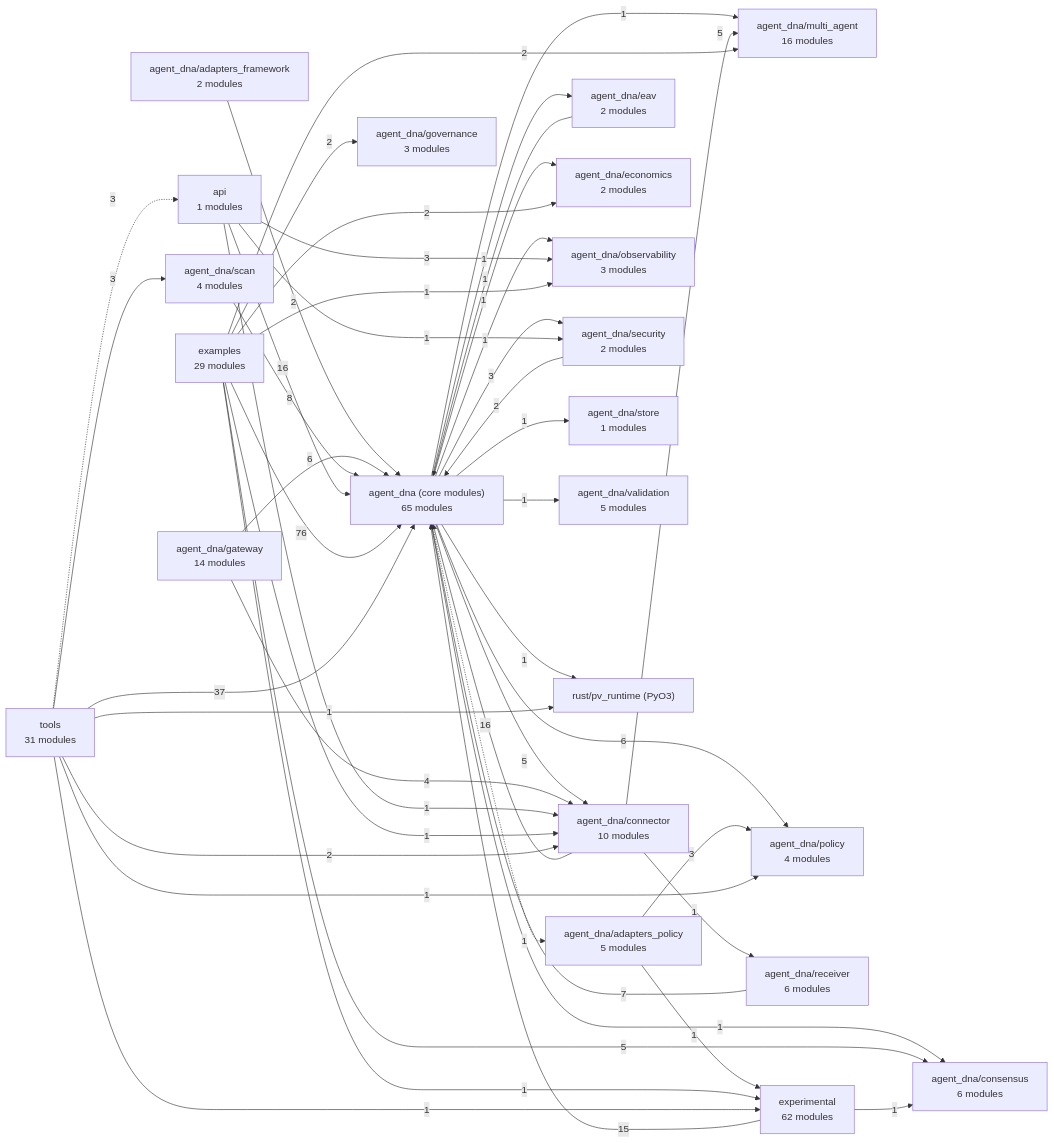
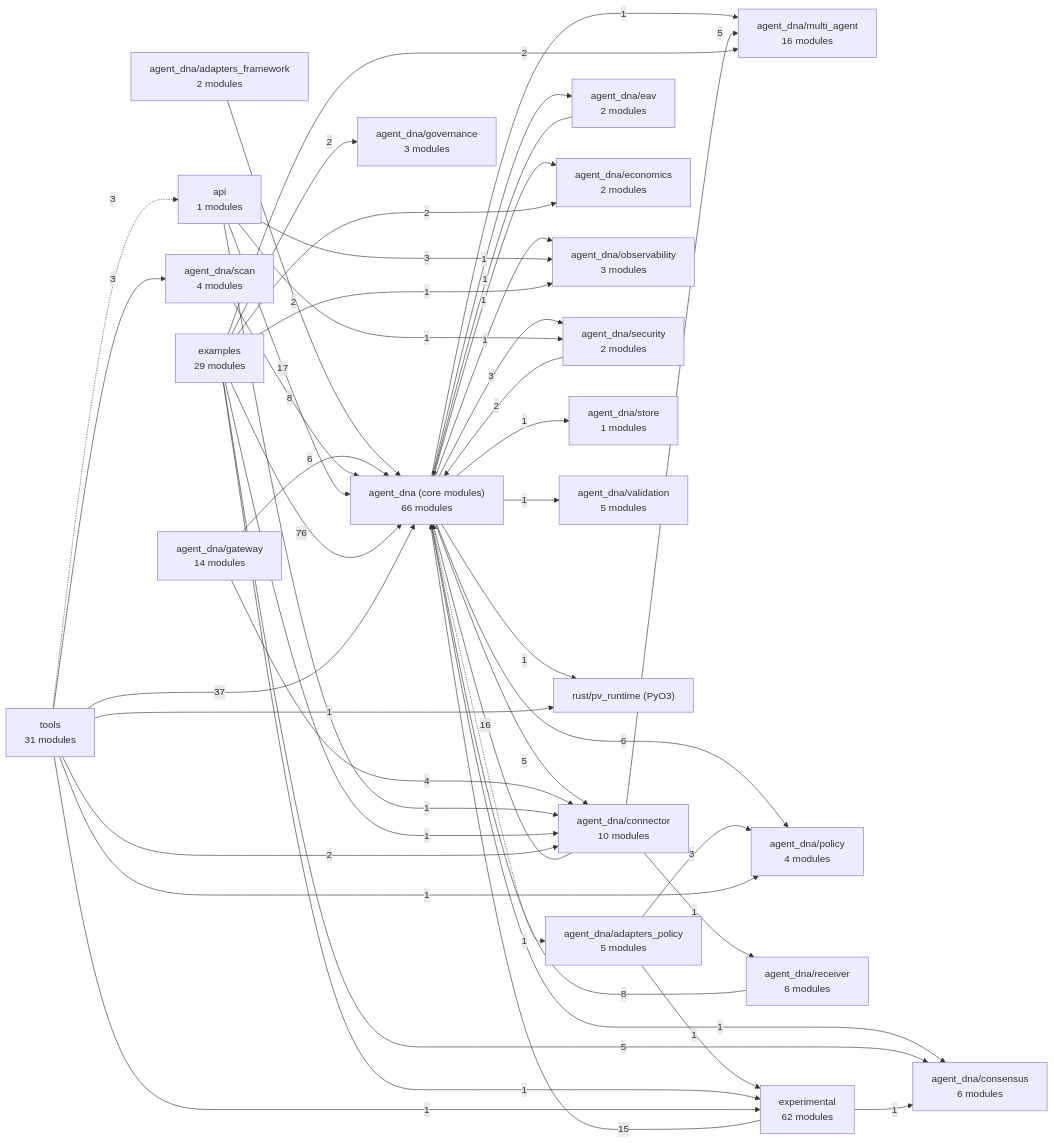
The diagram in docs/architecture/MAP.md (LOLA0786/privatevault-agent-dna), drawn with Mermaid before and after one commit. The commit also changed other lines of this file and 6 other files, not shown here.

````diff
--- a/docs/architecture/MAP.md
+++ b/docs/architecture/MAP.md
@@ -7,70 +7,70 @@
 ```mermaid
 flowchart LR
-  n0["agent_dna (core modules)<br/>65 modules"]
+  n0["agent_dna (core modules)<br/>66 modules"]
   n1["agent_dna/adapters_framework<br/>2 modules"]
   n2["agent_dna/adapters_policy<br/>5 modules"]
   n3["agent_dna/connector<br/>10 modules"]
   n4["agent_dna/consensus<br/>6 modules"]
   n5["agent_dna/eav<br/>2 modules"]
   n6["agent_dna/economics<br/>2 modules"]
   n7["agent_dna/gateway<br/>14 modules"]
   n8["agent_dna/governance<br/>3 modules"]
   n9["agent_dna/multi_agent<br/>16 modules"]
   n10["agent_dna/observability<br/>3 modules"]
   n11["agent_dna/policy<br/>4 modules"]
   n12["agent_dna/receiver<br/>6 modules"]
   n13["agent_dna/scan<br/>4 modules"]
   n14["agent_dna/security<br/>2 modules"]
   n15["agent_dna/store<br/>1 modules"]
   n16["agent_dna/validation<br/>5 modules"]
   n17["api<br/>1 modules"]
   n18["examples<br/>29 modules"]
   n19["experimental<br/>62 modules"]
   n20["rust/pv_runtime (PyO3)"]
   n21["tools<br/>31 modules"]
   n0 -.->|1| n2
   n0 -->|5| n3
   n0 -->|1| n4
   n0 -->|1| n5
   n0 -->|1| n6
   n0 -->|1| n9
   n0 -->|1| n10
   n0 -->|6| n11
   n0 -->|3| n14
   n0 -->|1| n15
   n0 -->|1| n16
   n0 -->|1| n20
   n1 -->|2| n0
   n2 -->|3| n11
   n2 -->|1| n19
   n3 -->|16| n0
   n3 -->|5| n9
   n3 -->|1| n12
   n5 -->|1| n0
   n7 -->|6| n0
   n7 -->|4| n3
-  n12 -->|7| n0
+  n12 -->|8| n0
   n13 -->|8| n0
   n14 -->|2| n0
-  n17 -->|16| n0
+  n17 -->|17| n0
   n17 -->|1| n3
   n17 -->|3| n10
   n17 -->|1| n14
   n18 -->|76| n0
   n18 -->|1| n3
   n18 -->|5| n4
   n18 -->|2| n6
   n18 -->|2| n8
   n18 -->|2| n9
   n18 -->|1| n10
   n18 -->|1| n19
   n19 -->|15| n0
   n19 -->|1| n4
   n21 -->|37| n0
   n21 -->|2| n3
   n21 -->|1| n11
   n21 -->|3| n13
   n21 -.->|3| n17
   n21 -->|1| n19
   n21 -->|1| n20
 ```
````
